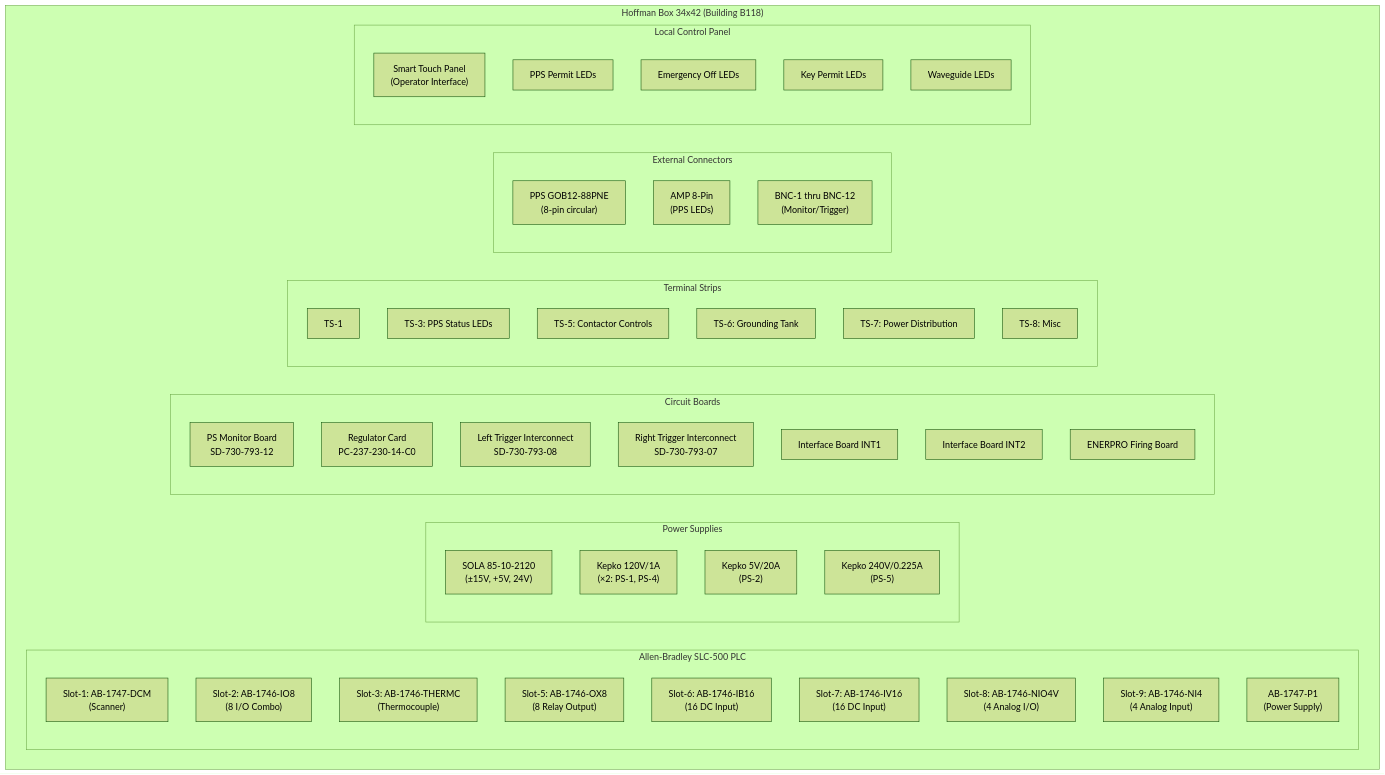
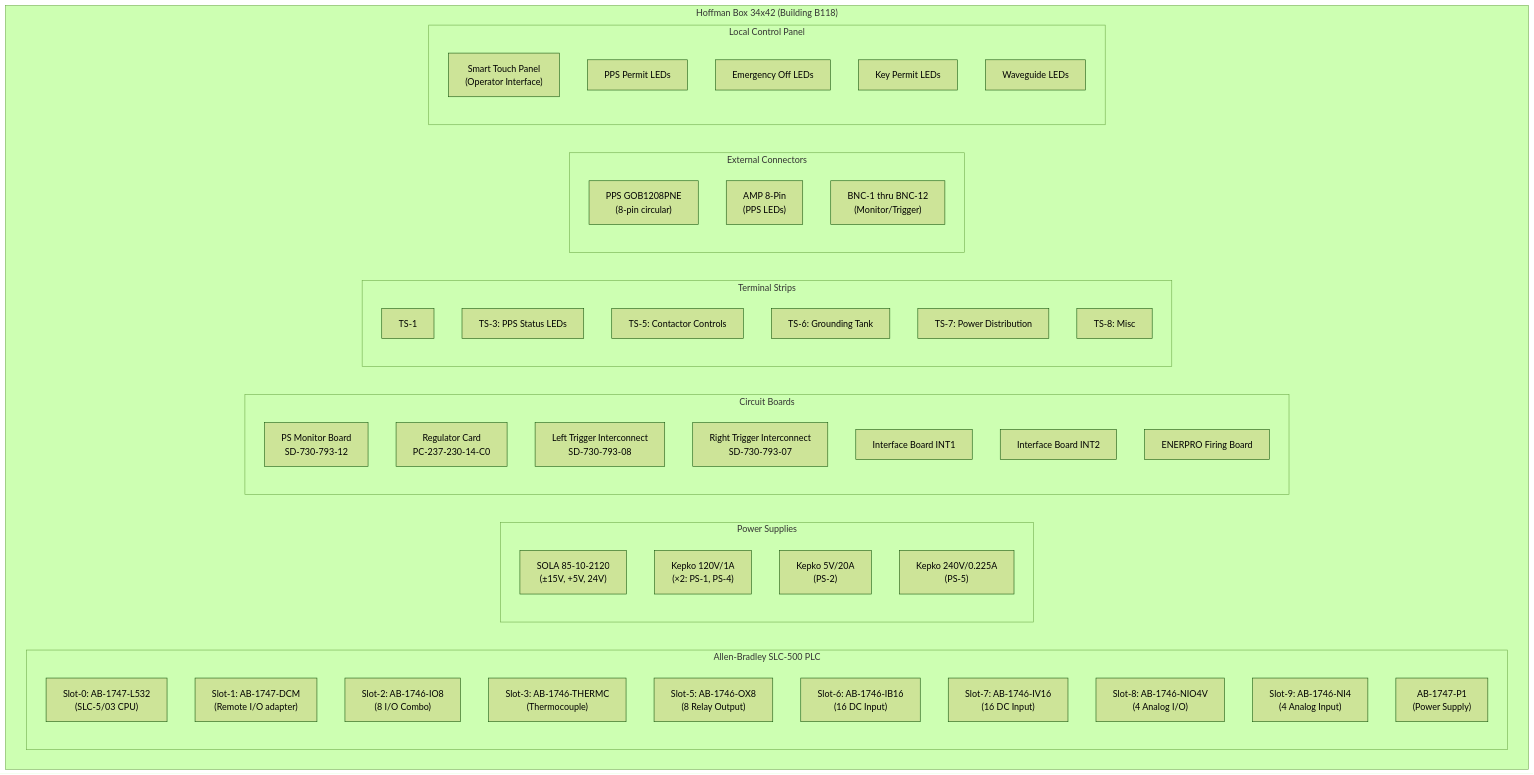
Before and after one commit to fayaw/spearlegacyLLRF: the first of 2 diagrams in pps/diagrams/04_wd7307900206_hoffman_box_wiring.md, drawn with Mermaid (forest theme). The commit also changed other lines of this file and 141 other files, not shown here.

````diff
--- a/pps/diagrams/04_wd7307900206_hoffman_box_wiring.md
+++ b/pps/diagrams/04_wd7307900206_hoffman_box_wiring.md
@@ -12,57 +61,58 @@
 ```mermaid
 flowchart TB
     subgraph HOFFMAN["Hoffman Box 34x42 (Building B118)"]
         
         subgraph PLC["Allen-Bradley SLC-500 PLC"]
-            SLOT1["Slot-1: AB-1747-DCM<br/>(Scanner)"]
+            SLOT0["Slot-0: AB-1747-L532<br/>(SLC-5/03 CPU)"]
+            SLOT1["Slot-1: AB-1747-DCM<br/>(Remote I/O adapter)"]
             SLOT2["Slot-2: AB-1746-IO8<br/>(8 I/O Combo)"]
             SLOT3["Slot-3: AB-1746-THERMC<br/>(Thermocouple)"]
             SLOT5["Slot-5: AB-1746-OX8<br/>(8 Relay Output)"]
             SLOT6["Slot-6: AB-1746-IB16<br/>(16 DC Input)"]
             SLOT7["Slot-7: AB-1746-IV16<br/>(16 DC Input)"]
             SLOT8["Slot-8: AB-1746-NIO4V<br/>(4 Analog I/O)"]
             SLOT9["Slot-9: AB-1746-NI4<br/>(4 Analog Input)"]
             P1["AB-1747-P1<br/>(Power Supply)"]
         end
 
         subgraph POWER["Power Supplies"]
             SOLA["SOLA 85-10-2120<br/>(±15V, +5V, 24V)"]
             KEPKO_120["Kepko 120V/1A<br/>(×2: PS-1, PS-4)"]
             KEPKO_5["Kepko 5V/20A<br/>(PS-2)"]
             KEPKO_240["Kepko 240V/0.225A<br/>(PS-5)"]
         end
 
         subgraph BOARDS["Circuit Boards"]
             MON_BD["PS Monitor Board<br/>SD-730-793-12"]
             REG_BD["Regulator Card<br/>PC-237-230-14-C0"]
             TRIG_L["Left Trigger Interconnect<br/>SD-730-793-08"]
             TRIG_R["Right Trigger Interconnect<br/>SD-730-793-07"]
             INT1["Interface Board INT1"]
             INT2["Interface Board INT2"]
             FIRE_BD["ENERPRO Firing Board"]
         end
 
         subgraph TERMINALS["Terminal Strips"]
             TS1["TS-1"]
             TS3["TS-3: PPS Status LEDs"]
             TS5["TS-5: Contactor Controls"]
             TS6["TS-6: Grounding Tank"]
             TS7["TS-7: Power Distribution"]
             TS8["TS-8: Misc"]
         end
 
         subgraph CONNECTORS["External Connectors"]
-            PPS_CONN["PPS GOB12-88PNE<br/>(8-pin circular)"]
+            PPS_CONN["PPS GOB1208PNE<br/>(8-pin circular)"]
             AMP_8PIN["AMP 8-Pin<br/>(PPS LEDs)"]
             BNC_RACK["BNC-1 thru BNC-12<br/>(Monitor/Trigger)"]
         end
 
         subgraph CONTROLS["Local Control Panel"]
             SMART_TOUCH["Smart Touch Panel<br/>(Operator Interface)"]
             LEDS_PPS["PPS Permit LEDs"]
             LEDS_EMER["Emergency Off LEDs"]
             LEDS_KEY["Key Permit LEDs"]
             LEDS_WG["Waveguide LEDs"]
         end
     end
 ```
````
